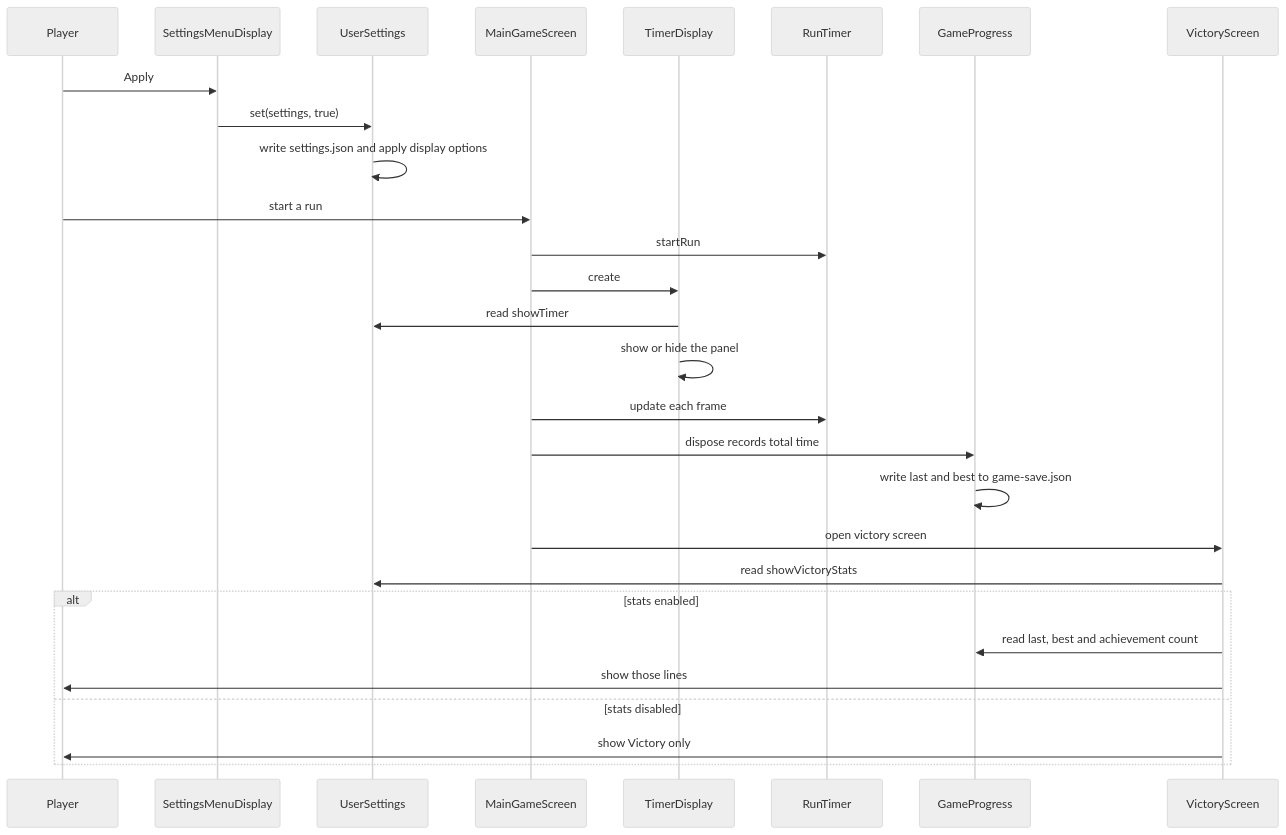
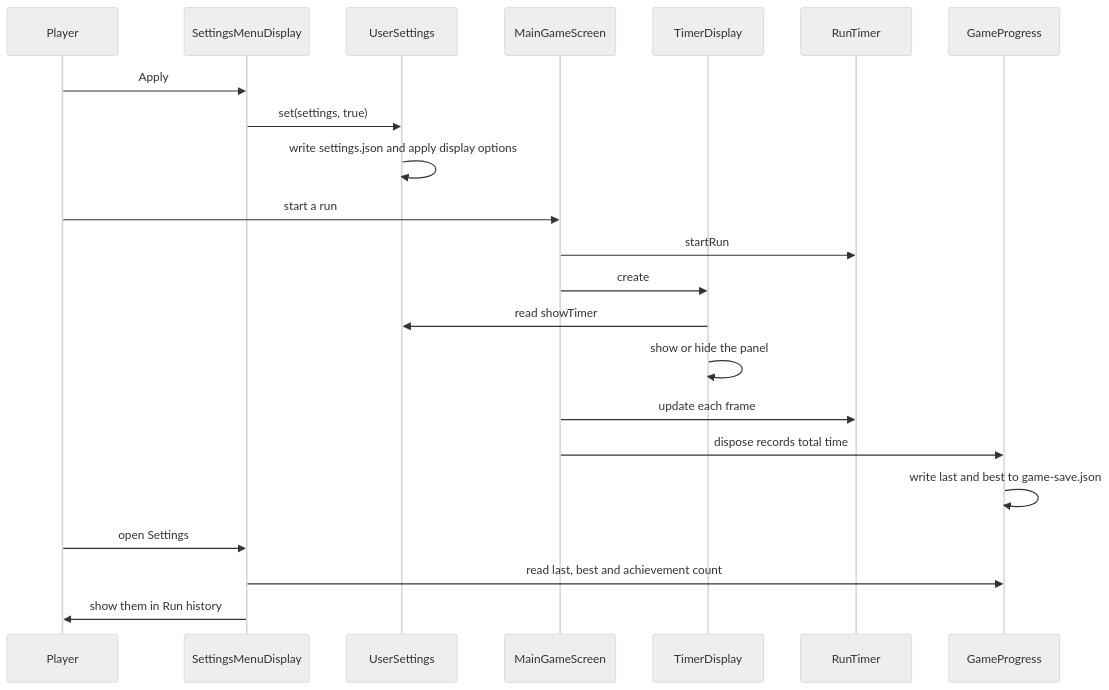
Before and after one commit to UQcsse3200/2026-studio-4: the second of 3 diagrams in source/docs/settings-menu.md, drawn with Mermaid (neutral theme). The commit also changed other lines of this file and 15 other files, not shown here.

First line of the commit message:
Expand the settings menu without a second win screen (#238).

````diff
--- a/source/docs/settings-menu.md
+++ b/source/docs/settings-menu.md
@@ -76,31 +76,25 @@
 ```mermaid
 sequenceDiagram
   participant Player
   participant Menu as SettingsMenuDisplay
   participant Settings as UserSettings
   participant Run as MainGameScreen
   participant Timer as TimerDisplay
   participant Clock as RunTimer
   participant Save as GameProgress
-  participant Victory as VictoryScreen
 
   Player->>Menu: Apply
   Menu->>Settings: set(settings, true)
   Settings->>Settings: write settings.json and apply display options
   Player->>Run: start a run
   Run->>Clock: startRun
   Run->>Timer: create
   Timer->>Settings: read showTimer
   Timer->>Timer: show or hide the panel
   Run->>Clock: update each frame
   Run->>Save: dispose records total time
   Save->>Save: write last and best to game-save.json
-  Run->>Victory: open victory screen
-  Victory->>Settings: read showVictoryStats
-  alt stats enabled
-    Victory->>Save: read last, best and achievement count
-    Victory->>Player: show those lines
-  else stats disabled
-    Victory->>Player: show Victory only
-  end
+  Player->>Menu: open Settings
+  Menu->>Save: read last, best and achievement count
+  Menu->>Player: show them in Run history
 ```
````
